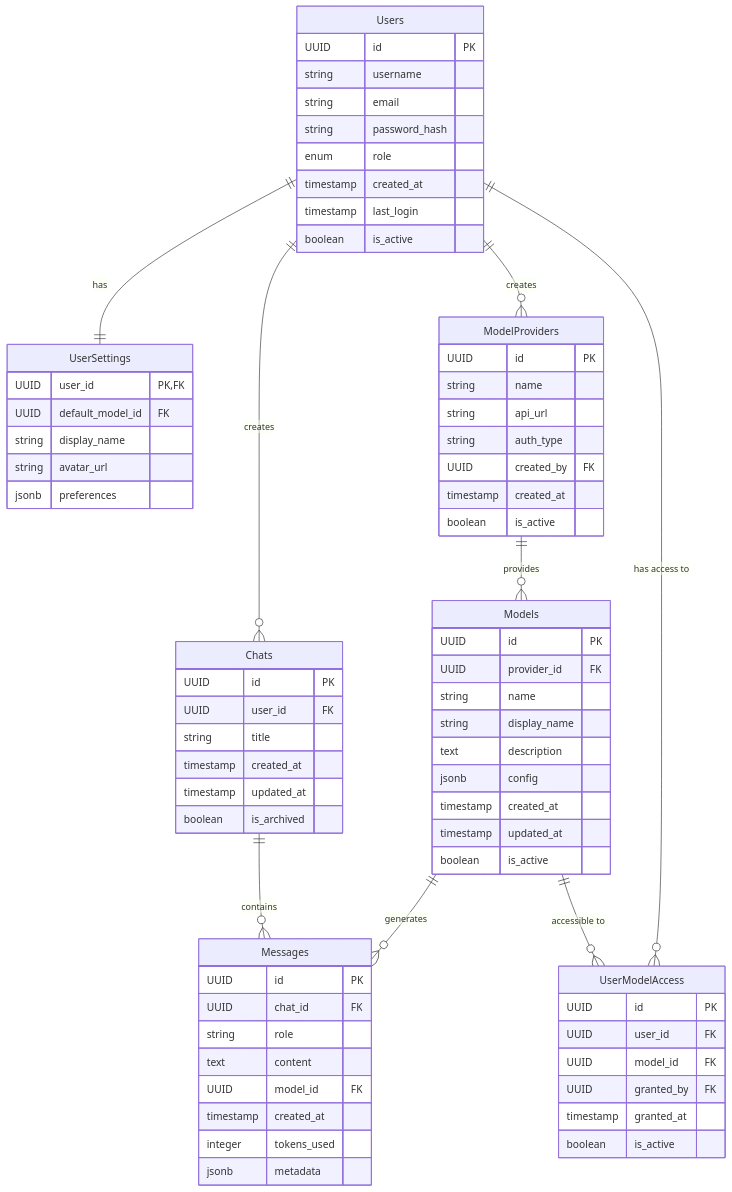
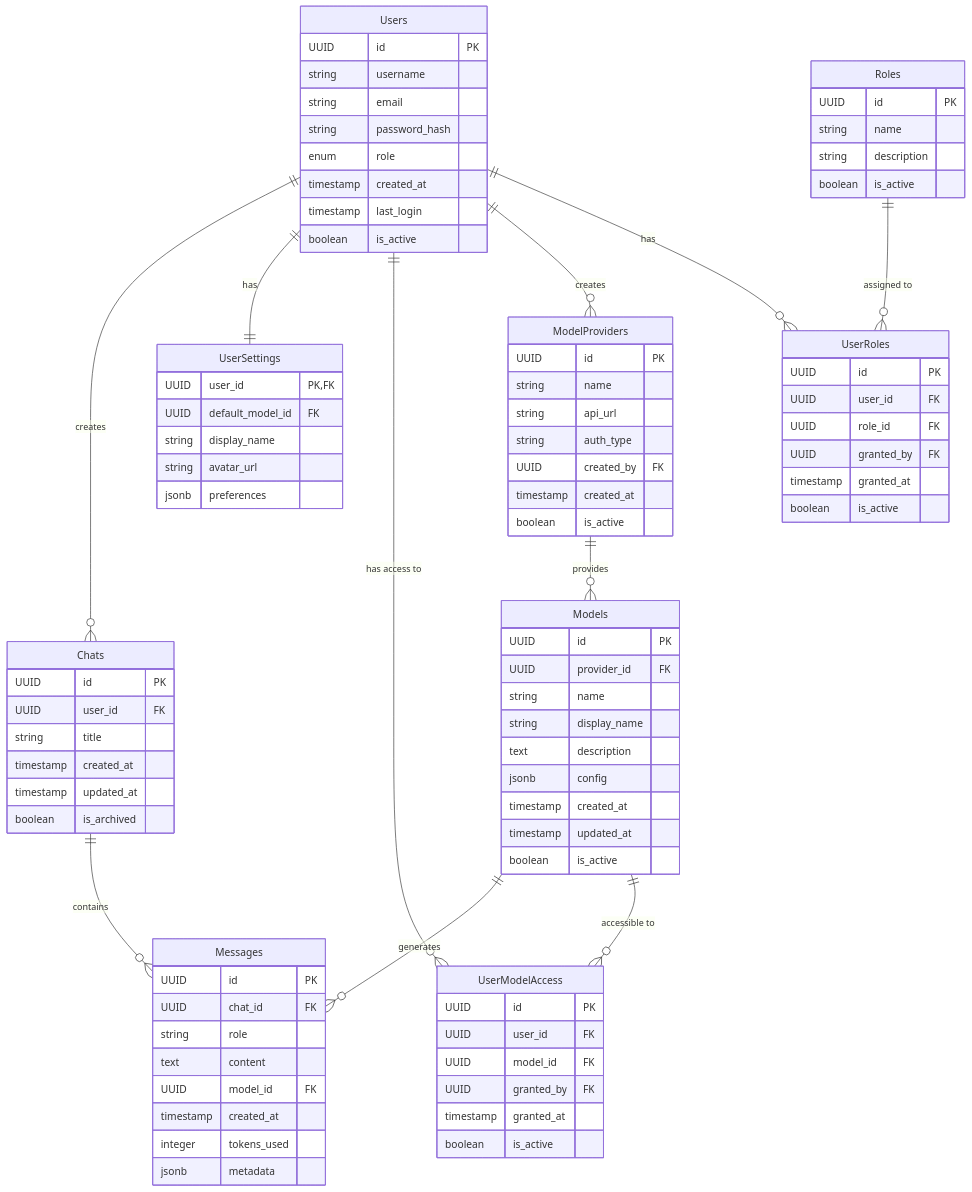
The diagram in backend/DATABASE.md (R-udren/rovertAIChat), drawn with Mermaid before and after one commit. The commit also changed other lines of this file and 3 other files, not shown here.

Commit message:
feat: add database schema for roles and user roles; implement health check endpoints

```diff
--- a/backend/DATABASE.md
+++ b/backend/DATABASE.md
@@ -96,6 +116,8 @@
     Users ||--|| UserSettings : "has"
     Users ||--o{ UserModelAccess : "has access to"
     Users ||--o{ ModelProviders : "creates"
+    Users ||--o{ UserRoles : "has"
+    Roles ||--o{ UserRoles : "assigned to"
 
     ModelProviders ||--o{ Models : "provides"
 
@@ -112,6 +134,22 @@
         enum role
         timestamp created_at
         timestamp last_login
+        boolean is_active
+    }
+
+    Roles {
+        UUID id PK
+        string name
+        string description
+        boolean is_active
+    }
+
+    UserRoles {
+        UUID id PK
+        UUID user_id FK
+        UUID role_id FK
+        UUID granted_by FK
+        timestamp granted_at
         boolean is_active
     }
 
```
